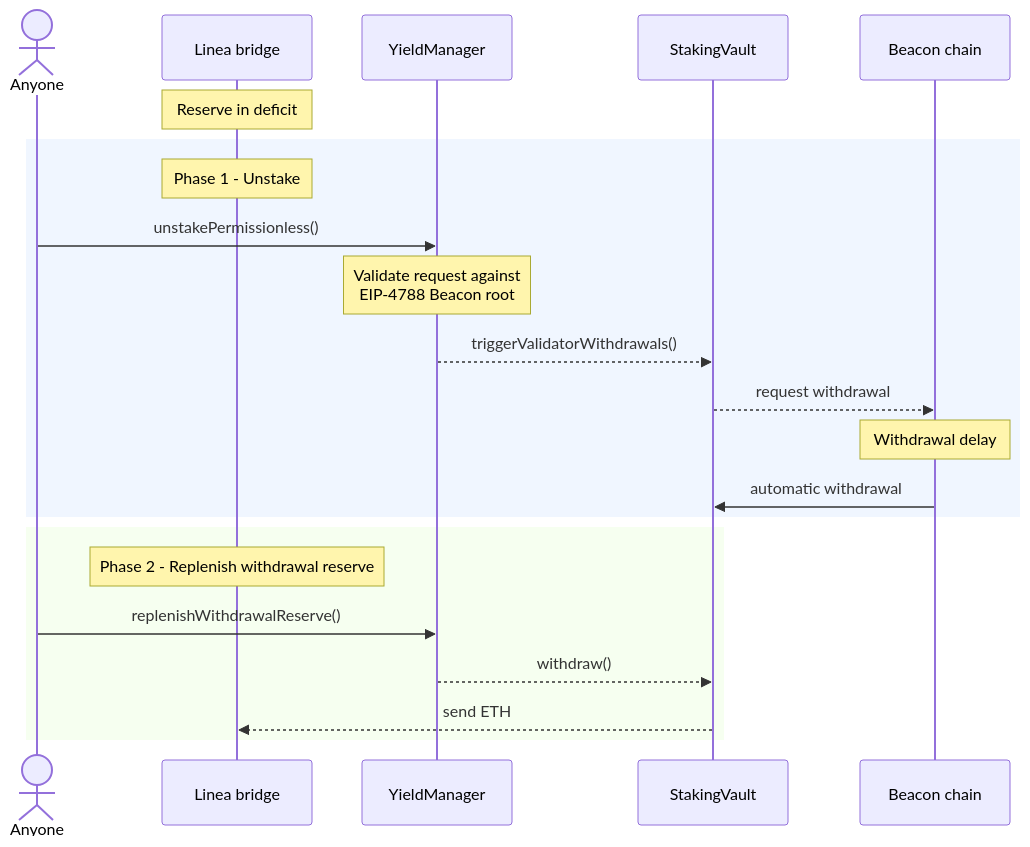
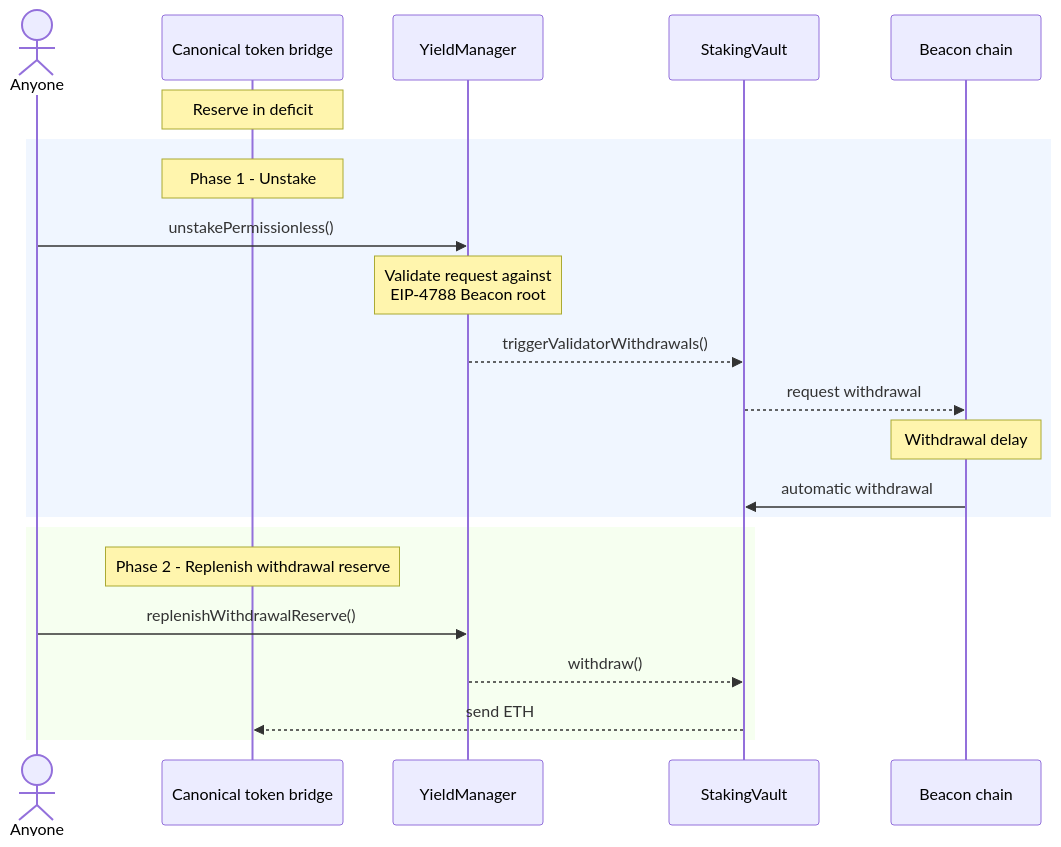
Before and after one commit to Consensys/doc.linea: the sixth of 8 diagrams in docs/protocol/yield-boost-architecture.mdx, drawn with Mermaid. The commit also changed other lines of this file and 1 other file, not shown here.

````diff
--- a/docs/protocol/yield-boost-architecture.mdx
+++ b/docs/protocol/yield-boost-architecture.mdx
@@ -250,26 +251,26 @@
 ```mermaid
 sequenceDiagram
     actor U as Anyone
-    participant LR as Linea bridge
+    participant BR as Canonical token bridge
     participant YM as YieldManager
     participant SV as StakingVault
     participant BC as Beacon chain
-    Note over LR: Reserve in deficit
+    Note over BR: Reserve in deficit
 
     rect rgba(230, 240, 255, 0.6)
-        Note over LR: Phase 1 - Unstake
+        Note over BR: Phase 1 - Unstake
         U->>YM: unstakePermissionless()
         Note over YM: Validate request against <br/> EIP-4788 Beacon root
         YM-->>SV: triggerValidatorWithdrawals()
         SV-->>BC: request withdrawal
         Note over BC: Withdrawal delay
         BC->>SV: automatic withdrawal
     end
 
     rect rgba(240, 255, 230, 0.6)
-        Note over LR: Phase 2 - Replenish withdrawal reserve
+        Note over BR: Phase 2 - Replenish withdrawal reserve
         U->>YM: replenishWithdrawalReserve()
         YM-->>SV: withdraw()
-        SV-->>LR: send ETH
+        SV-->>BR: send ETH
     end
 ```
````
